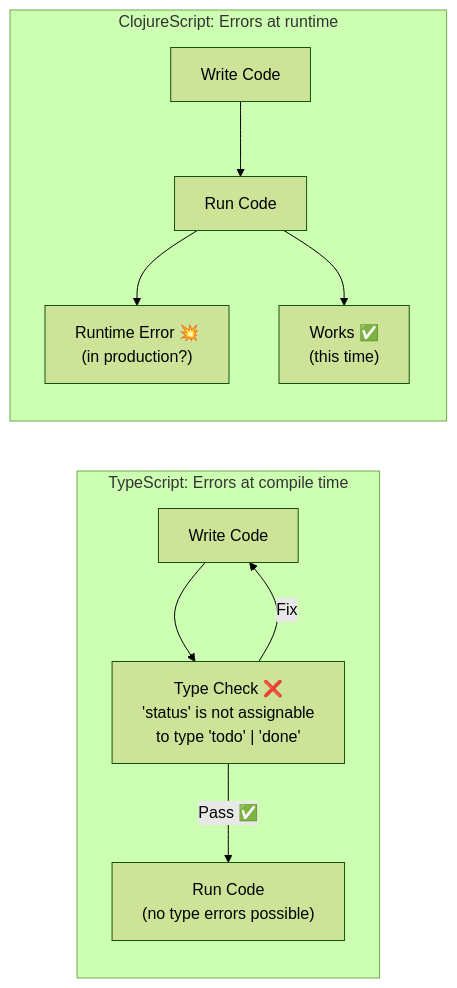
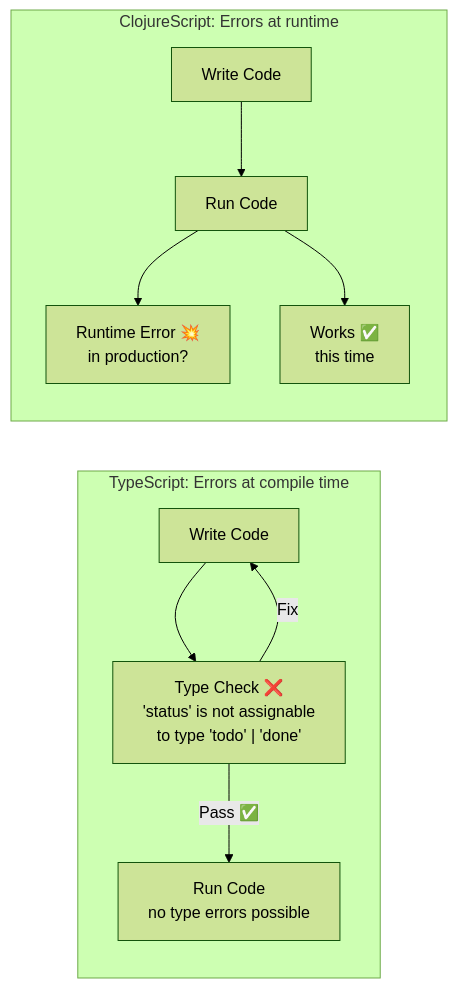
Before and after one commit to crs48/xNet: the fourth of 8 diagrams in docs/explorations/CLOJURE_PORT.md, drawn with Mermaid (forest theme). The commit also changed other lines of this file and 21 other files, not shown here.

First line of the commit message:
Fix Mermaid parse errors: remove parentheses in flowchart node labels after <br/> tags

````diff
--- a/docs/explorations/CLOJURE_PORT.md
+++ b/docs/explorations/CLOJURE_PORT.md
@@ -306,14 +306,14 @@
 ```mermaid
 flowchart LR
     subgraph "TypeScript: Errors at compile time"
         TS_WRITE["Write Code"] --> TS_CHECK["Type Check ❌<br/>'status' is not assignable<br/>to type 'todo' | 'done'"]
         TS_CHECK -->|"Fix"| TS_WRITE
-        TS_CHECK -->|"Pass ✅"| TS_RUN["Run Code<br/>(no type errors possible)"]
+        TS_CHECK -->|"Pass ✅"| TS_RUN["Run Code<br/>no type errors possible"]
     end
 
     subgraph "ClojureScript: Errors at runtime"
         CLJ_WRITE["Write Code"] --> CLJ_RUN["Run Code"]
-        CLJ_RUN --> CLJ_ERROR["Runtime Error 💥<br/>(in production?)"]
-        CLJ_RUN --> CLJ_OK["Works ✅<br/>(this time)"]
+        CLJ_RUN --> CLJ_ERROR["Runtime Error 💥<br/>in production?"]
+        CLJ_RUN --> CLJ_OK["Works ✅<br/>this time"]
     end
 ```
````
